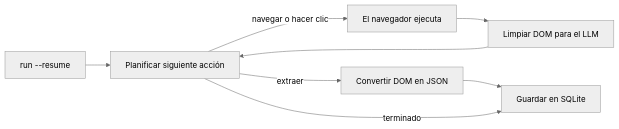
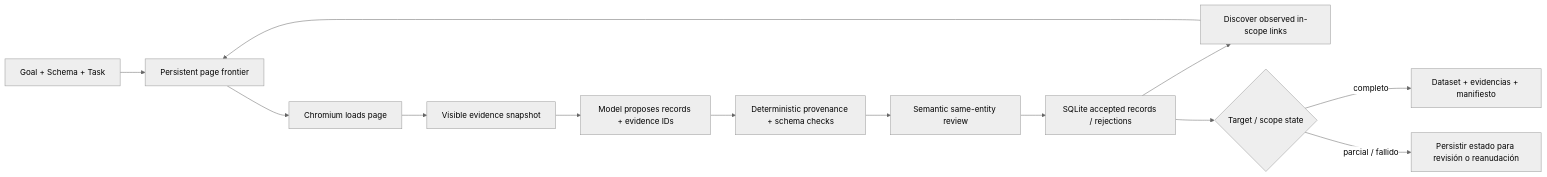
One commit to EmanueleTorrisi/verboisy changed the diagram in .github/readme/README.es.md. Above: the diagram before and after it, drawn with Mermaid (neutral theme). The commit also changed other lines of this file, not shown here.

````diff
--- a/.github/readme/README.es.md
+++ b/.github/readme/README.es.md
@@ -191,10 +168,15 @@
 ```mermaid
 flowchart LR
-    F[run --resume] --> A
-    A[Planificar siguiente acción] -->|navegar o hacer clic| B[El navegador ejecuta]
-    A -->|extraer| C[Convertir DOM en JSON]
-    B --> D[Limpiar DOM para el LLM]
-    D --> A
-    C --> E[Guardar en SQLite]
-    A -->|terminado| E
+    A[Goal + Schema + Task] --> B[Persistent page frontier]
+    B --> C[Chromium loads page]
+    C --> D[Visible evidence snapshot]
+    D --> E[Model proposes records + evidence IDs]
+    E --> F[Deterministic provenance + schema checks]
+    F --> G[Semantic same-entity review]
+    G --> H[SQLite accepted records / rejections]
+    H --> I[Discover observed in-scope links]
+    I --> B
+    H --> J{Target / scope state}
+    J -->|completo| K[Dataset + evidencias + manifiesto]
+    J -->|parcial / fallido| L[Persistir estado para revisión o reanudación]
 ```
````
